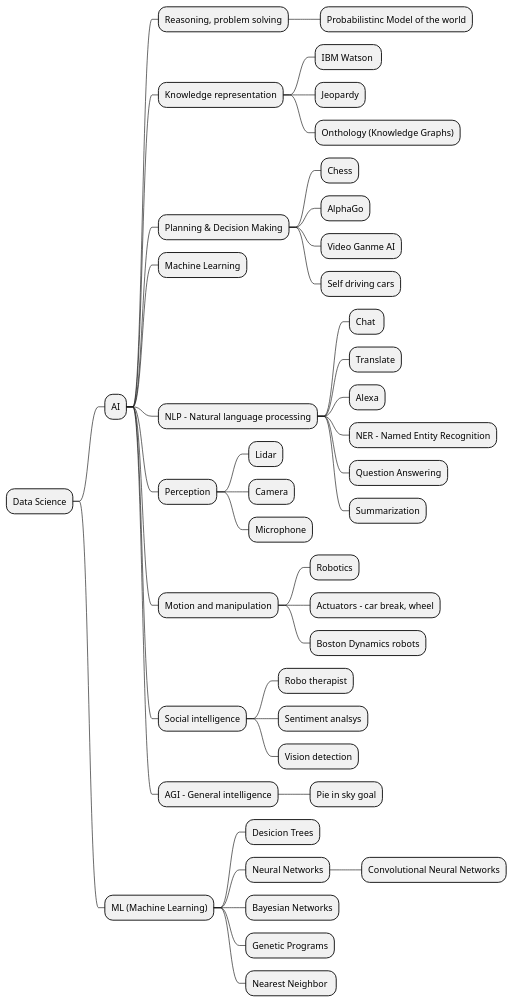
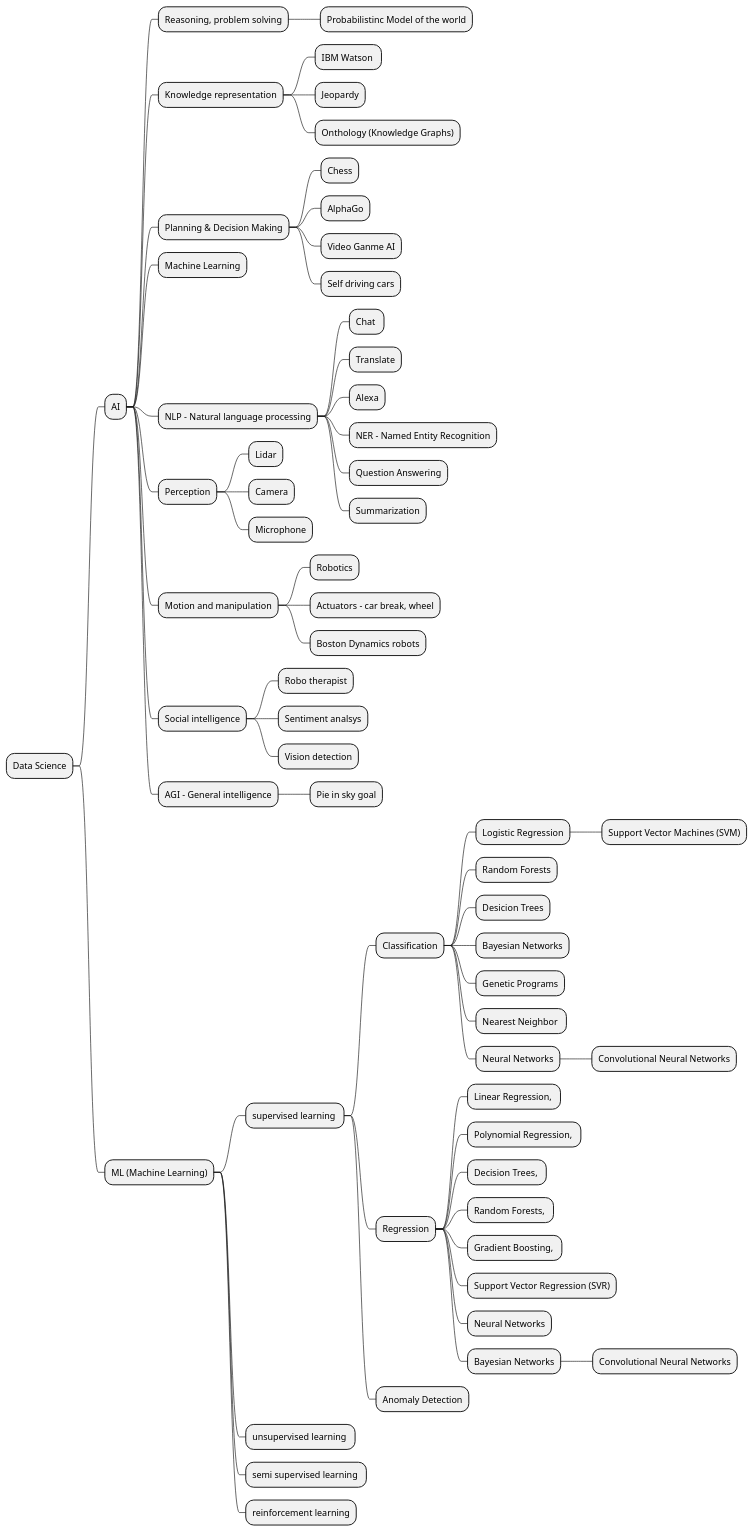
The diagram in ds_ai_ml.puml (gcziprusz/NeuralNest), drawn with PlantUML before and after one commit. The commit also changed 4 other files, not shown here.

Commit message:
dict entries, expand mind map with supervised etc,SVM overfitting code

```diff
--- a/ds_ai_ml.puml
+++ b/ds_ai_ml.puml
@@ -1,44 +1,65 @@
 @startmindmap
 * Data Science
 ** AI
 *** Reasoning, problem solving
 **** Probabilistinc Model of the world
 *** Knowledge representation
 **** IBM Watson 
 **** Jeopardy
 **** Onthology (Knowledge Graphs)
 *** Planning & Decision Making
 **** Chess
 **** AlphaGo
 **** Video Ganme AI
 **** Self driving cars
 *** Machine Learning
 *** NLP - Natural language processing
 **** Chat 
 **** Translate
 **** Alexa
 **** NER - Named Entity Recognition
 **** Question Answering
 **** Summarization
 *** Perception
 **** Lidar
 **** Camera
 **** Microphone
 *** Motion and manipulation
 **** Robotics
 **** Actuators - car break, wheel
 **** Boston Dynamics robots
 *** Social intelligence
 **** Robo therapist
 **** Sentiment analsys
 **** Vision detection
 *** AGI - General intelligence
 **** Pie in sky goal
 ** ML (Machine Learning)
-*** Desicion Trees
-*** Neural Networks
-**** Convolutional Neural Networks
-*** Bayesian Networks
-*** Genetic Programs
-*** Nearest Neighbor 
+*** supervised learning 
+**** Classification
+***** Logistic Regression
+****** Support Vector Machines (SVM)
+***** Random Forests
+***** Desicion Trees
+***** Bayesian Networks
+***** Genetic Programs
+***** Nearest Neighbor 
+***** Neural Networks
+****** Convolutional Neural Networks
+**** Regression
+***** Linear Regression, 
+***** Polynomial Regression, 
+***** Decision Trees, 
+***** Random Forests, 
+***** Gradient Boosting, 
+***** Support Vector Regression (SVR)
+***** Neural Networks
+***** Bayesian Networks
+****** Convolutional Neural Networks
+**** Anomaly Detection
+
+*** unsupervised learning 
+*** semi supervised learning 
+*** reinforcement learning
+
 @endmindmap
```
